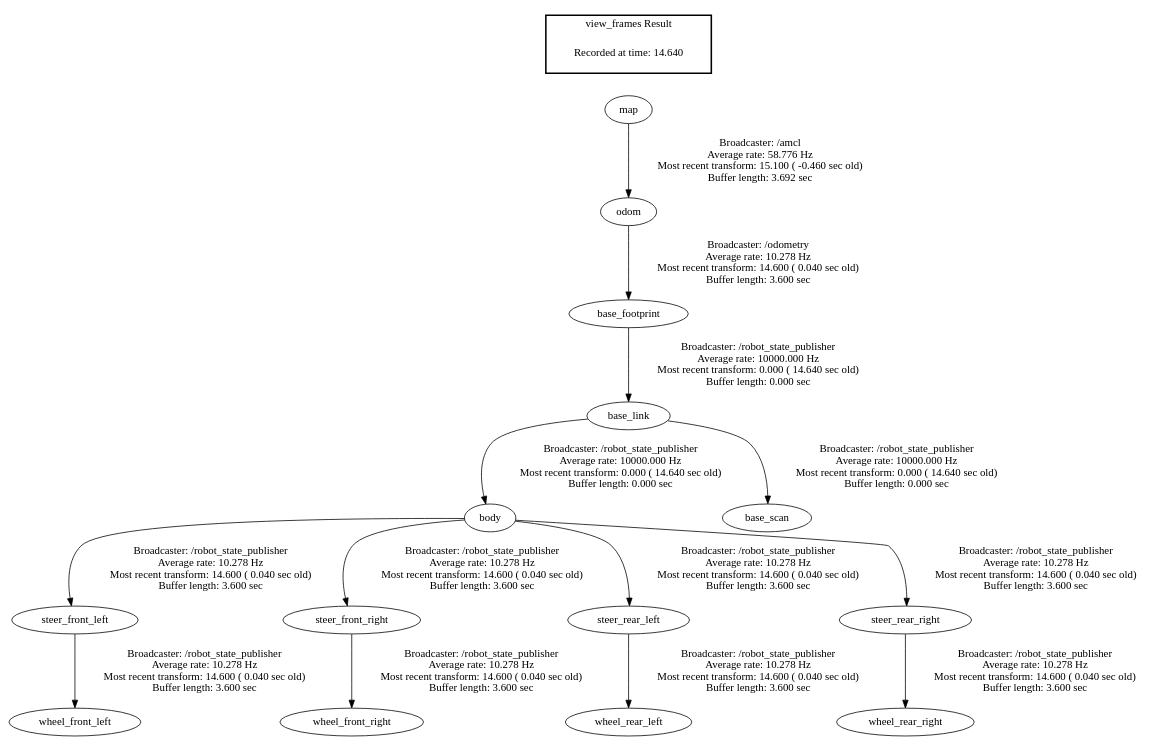
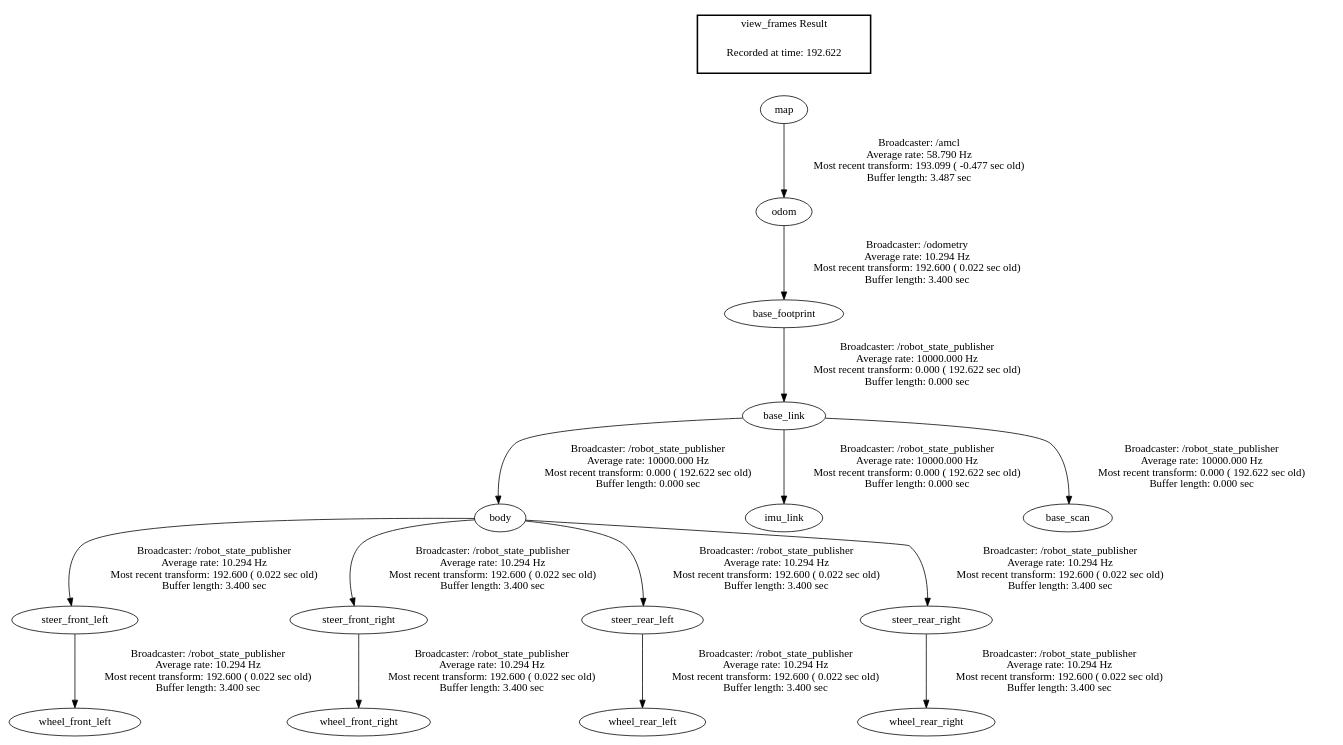
One commit to TanukiDong/Senior_Project_v2 changed the diagram in src/homewhere/frame/frames.gv. Above: the diagram before and after it, drawn with Graphviz. The commit also changed 21 other files, not shown here.

```diff
--- a/src/homewhere/frame/frames.gv
+++ b/src/homewhere/frame/frames.gv
@@ -1,19 +1,20 @@
 digraph G {
-"base_footprint" -> "base_link"[label="Broadcaster: /robot_state_publisher\nAverage rate: 10000.000 Hz\nMost recent transform: 0.000 ( 14.640 sec old)\nBuffer length: 0.000 sec\n"];
-"odom" -> "base_footprint"[label="Broadcaster: /odometry\nAverage rate: 10.278 Hz\nMost recent transform: 14.600 ( 0.040 sec old)\nBuffer length: 3.600 sec\n"];
-"base_link" -> "body"[label="Broadcaster: /robot_state_publisher\nAverage rate: 10000.000 Hz\nMost recent transform: 0.000 ( 14.640 sec old)\nBuffer length: 0.000 sec\n"];
-"base_link" -> "base_scan"[label="Broadcaster: /robot_state_publisher\nAverage rate: 10000.000 Hz\nMost recent transform: 0.000 ( 14.640 sec old)\nBuffer length: 0.000 sec\n"];
-"map" -> "odom"[label="Broadcaster: /amcl\nAverage rate: 58.776 Hz\nMost recent transform: 15.100 ( -0.460 sec old)\nBuffer length: 3.692 sec\n"];
-"body" -> "steer_front_left"[label="Broadcaster: /robot_state_publisher\nAverage rate: 10.278 Hz\nMost recent transform: 14.600 ( 0.040 sec old)\nBuffer length: 3.600 sec\n"];
-"body" -> "steer_front_right"[label="Broadcaster: /robot_state_publisher\nAverage rate: 10.278 Hz\nMost recent transform: 14.600 ( 0.040 sec old)\nBuffer length: 3.600 sec\n"];
-"body" -> "steer_rear_left"[label="Broadcaster: /robot_state_publisher\nAverage rate: 10.278 Hz\nMost recent transform: 14.600 ( 0.040 sec old)\nBuffer length: 3.600 sec\n"];
-"body" -> "steer_rear_right"[label="Broadcaster: /robot_state_publisher\nAverage rate: 10.278 Hz\nMost recent transform: 14.600 ( 0.040 sec old)\nBuffer length: 3.600 sec\n"];
-"steer_front_left" -> "wheel_front_left"[label="Broadcaster: /robot_state_publisher\nAverage rate: 10.278 Hz\nMost recent transform: 14.600 ( 0.040 sec old)\nBuffer length: 3.600 sec\n"];
-"steer_front_right" -> "wheel_front_right"[label="Broadcaster: /robot_state_publisher\nAverage rate: 10.278 Hz\nMost recent transform: 14.600 ( 0.040 sec old)\nBuffer length: 3.600 sec\n"];
-"steer_rear_left" -> "wheel_rear_left"[label="Broadcaster: /robot_state_publisher\nAverage rate: 10.278 Hz\nMost recent transform: 14.600 ( 0.040 sec old)\nBuffer length: 3.600 sec\n"];
-"steer_rear_right" -> "wheel_rear_right"[label="Broadcaster: /robot_state_publisher\nAverage rate: 10.278 Hz\nMost recent transform: 14.600 ( 0.040 sec old)\nBuffer length: 3.600 sec\n"];
+"base_footprint" -> "base_link"[label="Broadcaster: /robot_state_publisher\nAverage rate: 10000.000 Hz\nMost recent transform: 0.000 ( 192.622 sec old)\nBuffer length: 0.000 sec\n"];
+"odom" -> "base_footprint"[label="Broadcaster: /odometry\nAverage rate: 10.294 Hz\nMost recent transform: 192.600 ( 0.022 sec old)\nBuffer length: 3.400 sec\n"];
+"base_link" -> "body"[label="Broadcaster: /robot_state_publisher\nAverage rate: 10000.000 Hz\nMost recent transform: 0.000 ( 192.622 sec old)\nBuffer length: 0.000 sec\n"];
+"base_link" -> "imu_link"[label="Broadcaster: /robot_state_publisher\nAverage rate: 10000.000 Hz\nMost recent transform: 0.000 ( 192.622 sec old)\nBuffer length: 0.000 sec\n"];
+"base_link" -> "base_scan"[label="Broadcaster: /robot_state_publisher\nAverage rate: 10000.000 Hz\nMost recent transform: 0.000 ( 192.622 sec old)\nBuffer length: 0.000 sec\n"];
+"map" -> "odom"[label="Broadcaster: /amcl\nAverage rate: 58.790 Hz\nMost recent transform: 193.099 ( -0.477 sec old)\nBuffer length: 3.487 sec\n"];
+"body" -> "steer_front_left"[label="Broadcaster: /robot_state_publisher\nAverage rate: 10.294 Hz\nMost recent transform: 192.600 ( 0.022 sec old)\nBuffer length: 3.400 sec\n"];
+"body" -> "steer_front_right"[label="Broadcaster: /robot_state_publisher\nAverage rate: 10.294 Hz\nMost recent transform: 192.600 ( 0.022 sec old)\nBuffer length: 3.400 sec\n"];
+"body" -> "steer_rear_left"[label="Broadcaster: /robot_state_publisher\nAverage rate: 10.294 Hz\nMost recent transform: 192.600 ( 0.022 sec old)\nBuffer length: 3.400 sec\n"];
+"body" -> "steer_rear_right"[label="Broadcaster: /robot_state_publisher\nAverage rate: 10.294 Hz\nMost recent transform: 192.600 ( 0.022 sec old)\nBuffer length: 3.400 sec\n"];
+"steer_front_left" -> "wheel_front_left"[label="Broadcaster: /robot_state_publisher\nAverage rate: 10.294 Hz\nMost recent transform: 192.600 ( 0.022 sec old)\nBuffer length: 3.400 sec\n"];
+"steer_front_right" -> "wheel_front_right"[label="Broadcaster: /robot_state_publisher\nAverage rate: 10.294 Hz\nMost recent transform: 192.600 ( 0.022 sec old)\nBuffer length: 3.400 sec\n"];
+"steer_rear_left" -> "wheel_rear_left"[label="Broadcaster: /robot_state_publisher\nAverage rate: 10.294 Hz\nMost recent transform: 192.600 ( 0.022 sec old)\nBuffer length: 3.400 sec\n"];
+"steer_rear_right" -> "wheel_rear_right"[label="Broadcaster: /robot_state_publisher\nAverage rate: 10.294 Hz\nMost recent transform: 192.600 ( 0.022 sec old)\nBuffer length: 3.400 sec\n"];
 edge [style=invis];
  subgraph cluster_legend { style=bold; color=black; label ="view_frames Result";
-"Recorded at time: 14.640"[ shape=plaintext ] ;
+"Recorded at time: 192.622"[ shape=plaintext ] ;
  }->"map";
 }
```
